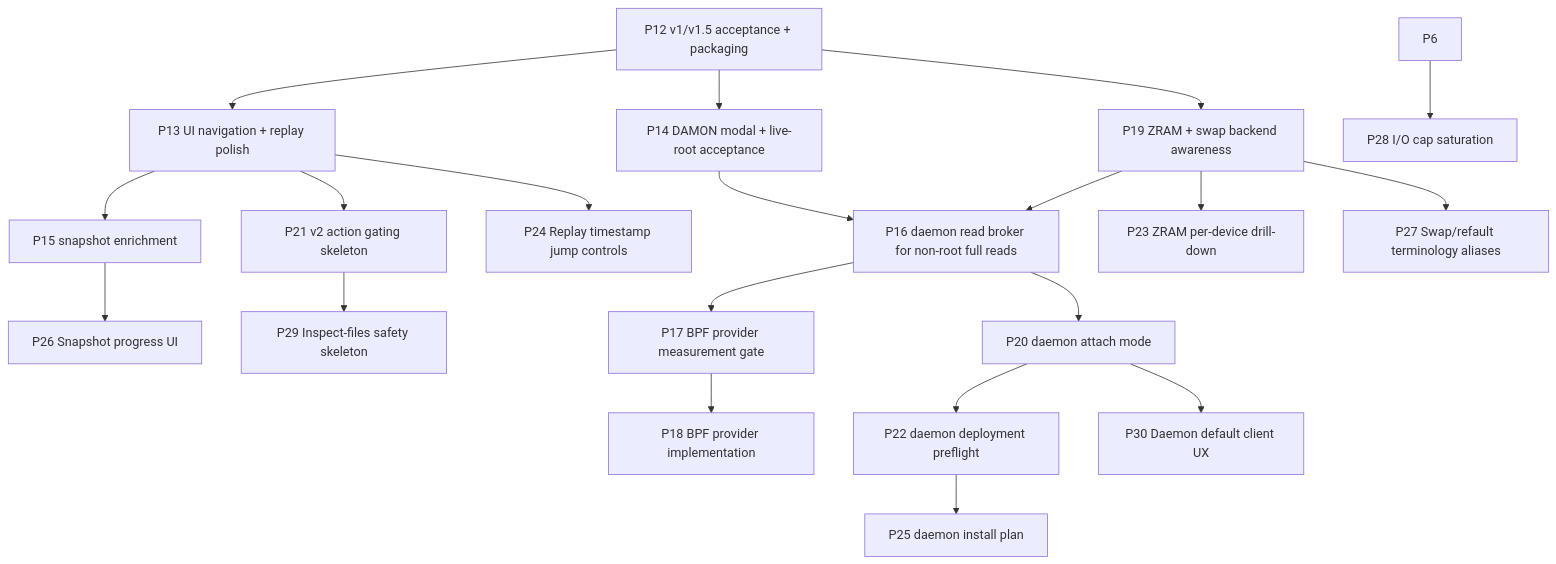
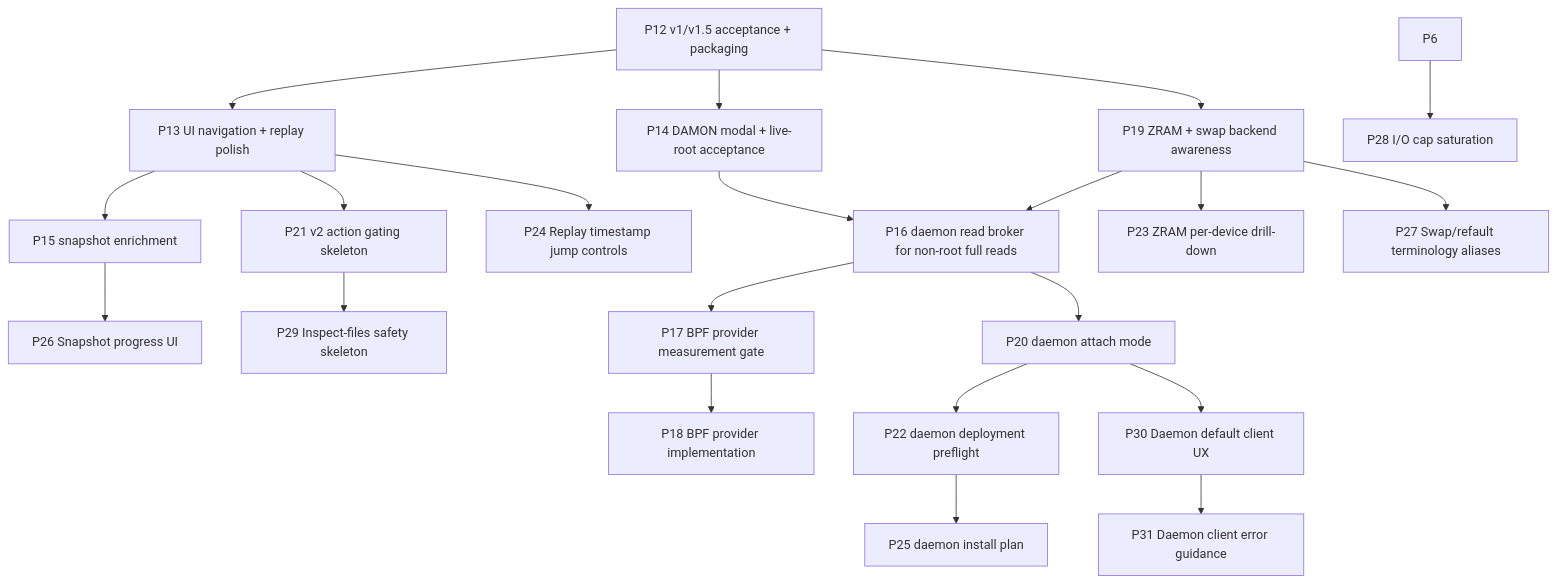
One commit to volkb79-2/vbpub changed the diagram in groop/docs/ROADMAP.md. Above: the diagram before and after it, drawn with Mermaid. The commit also changed other lines of this file and 2 other files, not shown here.

Commit message:
docs(groop): carve P31 daemon client errors

````diff
--- a/groop/docs/ROADMAP.md
+++ b/groop/docs/ROADMAP.md
@@ -27,22 +27,23 @@
 ```mermaid
 flowchart TD
     P12[P12 v1/v1.5 acceptance + packaging] --> P13[P13 UI navigation + replay polish]
     P12 --> P14[P14 DAMON modal + live-root acceptance]
     P13 --> P15[P15 snapshot enrichment]
     P12 --> P19[P19 ZRAM + swap backend awareness]
     P19 --> P16[P16 daemon read broker for non-root full reads]
     P14 --> P16
     P16 --> P17[P17 BPF provider measurement gate]
     P17 --> P18[P18 BPF provider implementation]
     P16 --> P20[P20 daemon attach mode]
     P20 --> P22[P22 daemon deployment preflight]
     P22 --> P25[P25 daemon install plan]
     P13 --> P21[P21 v2 action gating skeleton]
     P19 --> P23[P23 ZRAM per-device drill-down]
     P13 --> P24[P24 Replay timestamp jump controls]
     P15 --> P26[P26 Snapshot progress UI]
     P19 --> P27[P27 Swap/refault terminology aliases]
     P6 --> P28[P28 I/O cap saturation]
     P21 --> P29[P29 Inspect-files safety skeleton]
     P20 --> P30[P30 Daemon default client UX]
+    P30 --> P31[P31 Daemon client error guidance]
 ```
````
